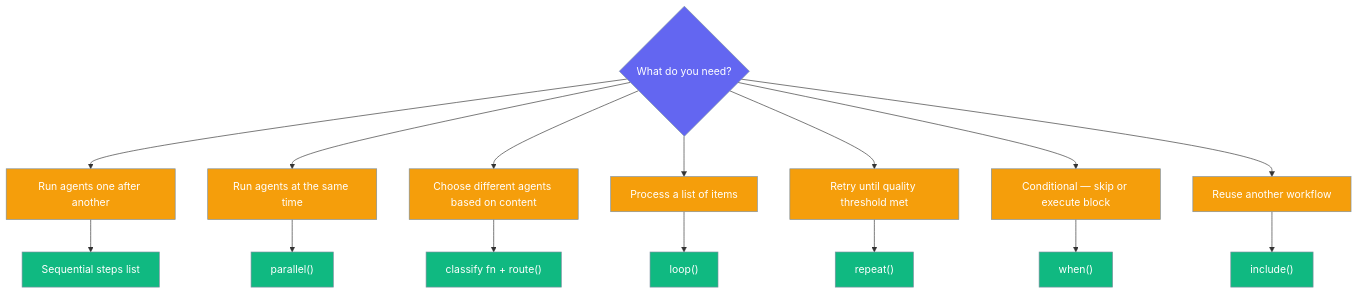
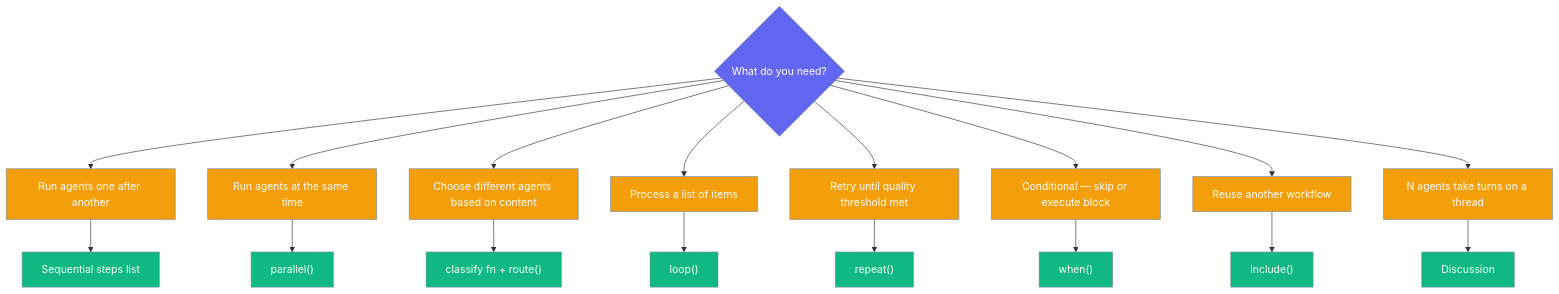
One commit to MervinPraison/PraisonAIDocs changed the third of 13 diagrams in docs/features/workflows.mdx. Above: the diagram before and after it, drawn with Mermaid. The commit also changed other lines of this file and 10 other files, not shown here.

````diff
--- a/docs/features/workflows.mdx
+++ b/docs/features/workflows.mdx
@@ -154,25 +154,27 @@
 ```mermaid
 graph TB
     Q{What do you need?} --> A[Run agents one after another]
     Q --> B[Run agents at the same time]
     Q --> C[Choose different agents based on content]
     Q --> D[Process a list of items]
     Q --> E[Retry until quality threshold met]
     Q --> F[Conditional — skip or execute block]
     Q --> G[Reuse another workflow]
+    Q --> H[N agents take turns on a thread]
 
     A --> A1["Sequential steps list"]
     B --> B1["parallel()"]
     C --> C1["classify fn + route()"]
     D --> D1["loop()"]
     E --> E1["repeat()"]
     F --> F1["when()"]
     G --> G1["include()"]
+    H --> H1["Discussion"]
 
     classDef q    fill:#6366F1,stroke:#7C90A0,color:#fff
     classDef need fill:#F59E0B,stroke:#7C90A0,color:#fff
     classDef ans  fill:#10B981,stroke:#7C90A0,color:#fff
     class Q q
-    class A,B,C,D,E,F,G need
-    class A1,B1,C1,D1,E1,F1,G1 ans
+    class A,B,C,D,E,F,G,H need
+    class A1,B1,C1,D1,E1,F1,G1,H1 ans
 ```
````
